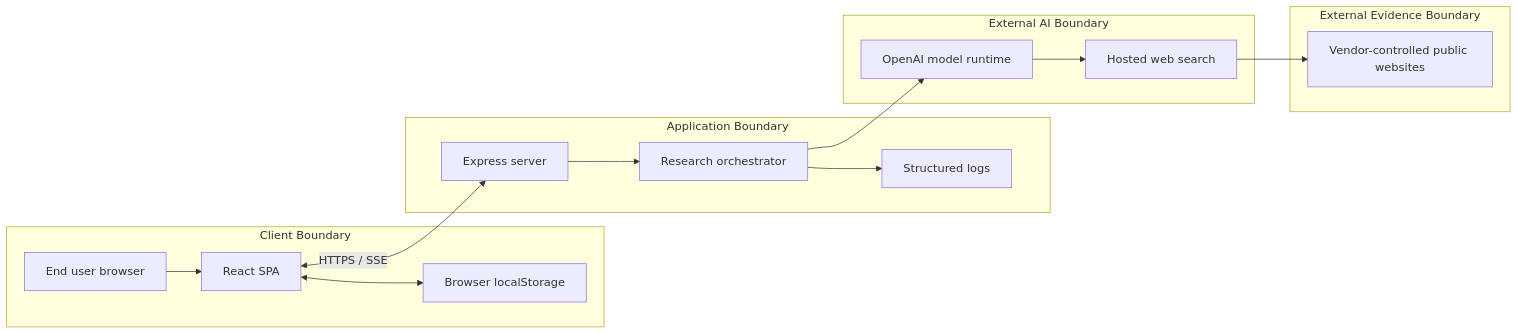
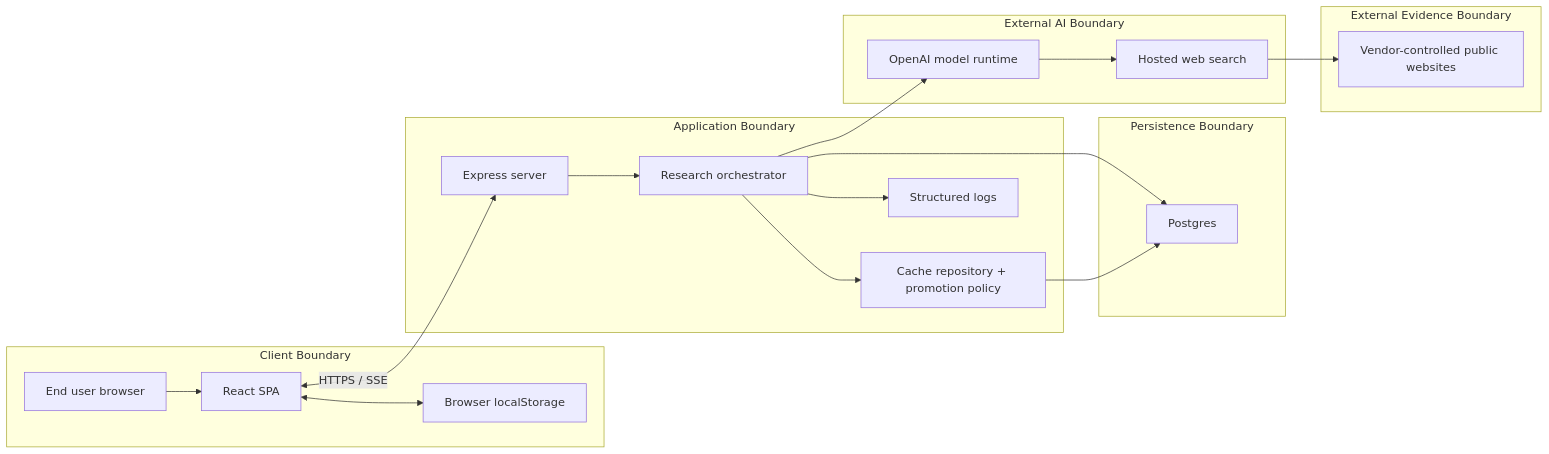
The sixth of 6 diagrams in architecture.md (srinivasrowdur/ArchReviewAgent), drawn with Mermaid before and after one commit. The commit also changed other lines of this file and 17 other files, not shown here.

Commit message:
Add Postgres research cache and refresh flow

````diff
--- a/architecture.md
+++ b/architecture.md
@@ -333,32 +397,40 @@
 ```mermaid
 flowchart LR
   subgraph C["Client Boundary"]
     USER["End user browser"]
     SPA["React SPA"]
     LS["Browser localStorage"]
     USER --> SPA
     SPA <--> LS
   end
 
   subgraph S["Application Boundary"]
     API["Express server"]
     ORCH["Research orchestrator"]
+    CACHE["Cache repository + promotion policy"]
     LOG["Structured logs"]
     SPA <-->|HTTPS / SSE| API
     API --> ORCH
+    ORCH --> CACHE
     ORCH --> LOG
+  end
+
+  subgraph P["Persistence Boundary"]
+    DB["Postgres"]
   end
 
   subgraph A["External AI Boundary"]
     OAI["OpenAI model runtime"]
     WS["Hosted web search"]
   end
 
   subgraph V["External Evidence Boundary"]
     WEB["Vendor-controlled public websites"]
   end
 
   ORCH --> OAI
+  ORCH --> DB
   OAI --> WS
   WS --> WEB
+  CACHE --> DB
 ```
````
